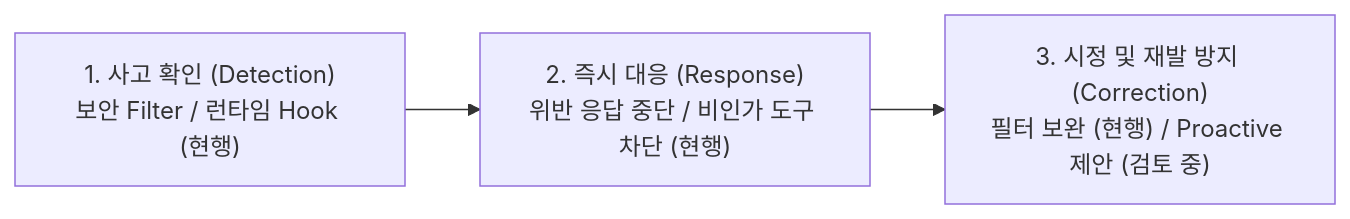
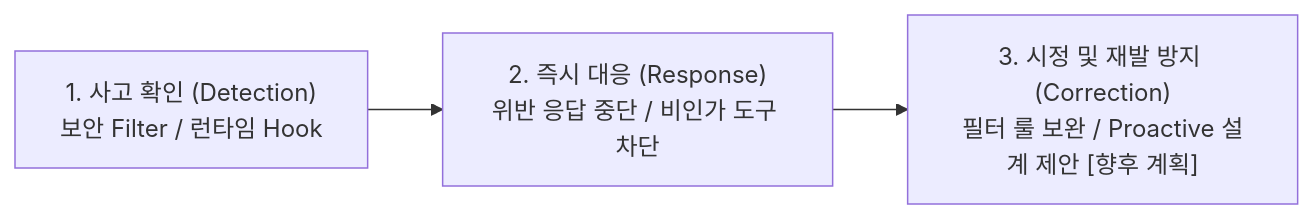
The second of 2 diagrams in AIS/Reports/Slide22_23_Update.md (misjin05/playground), drawn with Mermaid before and after one commit. The commit also changed other lines of this file and 1 other file, not shown here.

````diff
--- a/AIS/Reports/Slide22_23_Update.md
+++ b/AIS/Reports/Slide22_23_Update.md
@@ -54,5 +54,5 @@
 ```mermaid
 graph LR
-    R1["1. 사고 확인 (Detection)<br/>보안 Filter / 런타임 Hook (현행)"] --> R2["2. 즉시 대응 (Response)<br/>위반 응답 중단 / 비인가 도구 차단 (현행)"]
-    R2 --> R3["3. 시정 및 재발 방지 (Correction)<br/>필터 보완 (현행) / Proactive 제안 (검토 중)"]
+    R1["1. 사고 확인 (Detection)<br/>보안 Filter / 런타임 Hook"] --> R2["2. 즉시 대응 (Response)<br/>위반 응답 중단 / 비인가 도구 차단"]
+    R2 --> R3["3. 시정 및 재발 방지 (Correction)<br/>필터 룰 보완 / Proactive 설계 제안 [향후 계획]"]
 ```
````
